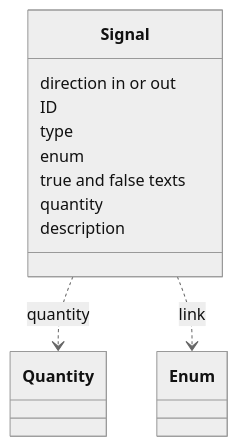
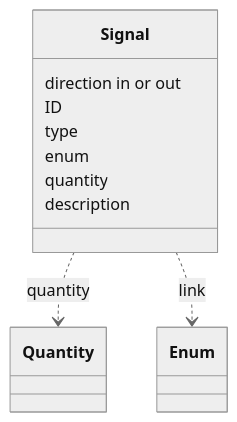
Diagram 21 of 51 in metadata/draft.md (AlexandreGallais/synoptic-studio-spec), drawn with Mermaid (neutral theme) before and after one commit. The commit also changed other lines of this file and 2 other files, not shown here.

First line of the commit message:
docs(metadata): move the boolean texts from the signal to the preset

````diff
--- a/metadata/draft.md
+++ b/metadata/draft.md
@@ -521,16 +520,15 @@
 ```mermaid
 classDiagram
     class Signal {
         direction in or out
         ID
         type
         enum
-        true and false texts
         quantity
         description
     }
     class Quantity
     class Enum
     Signal ..> Quantity : quantity
     Signal ..> Enum : link
 ```
````
